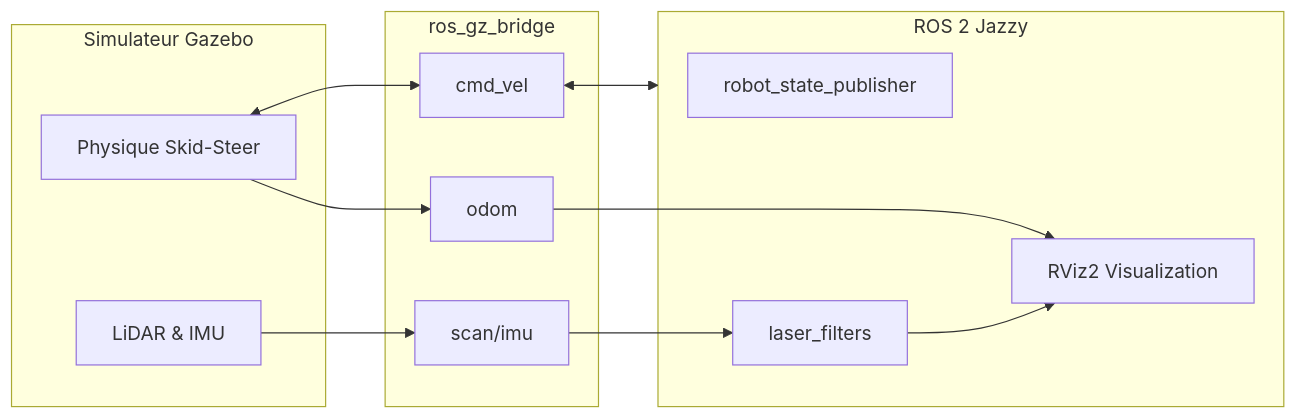
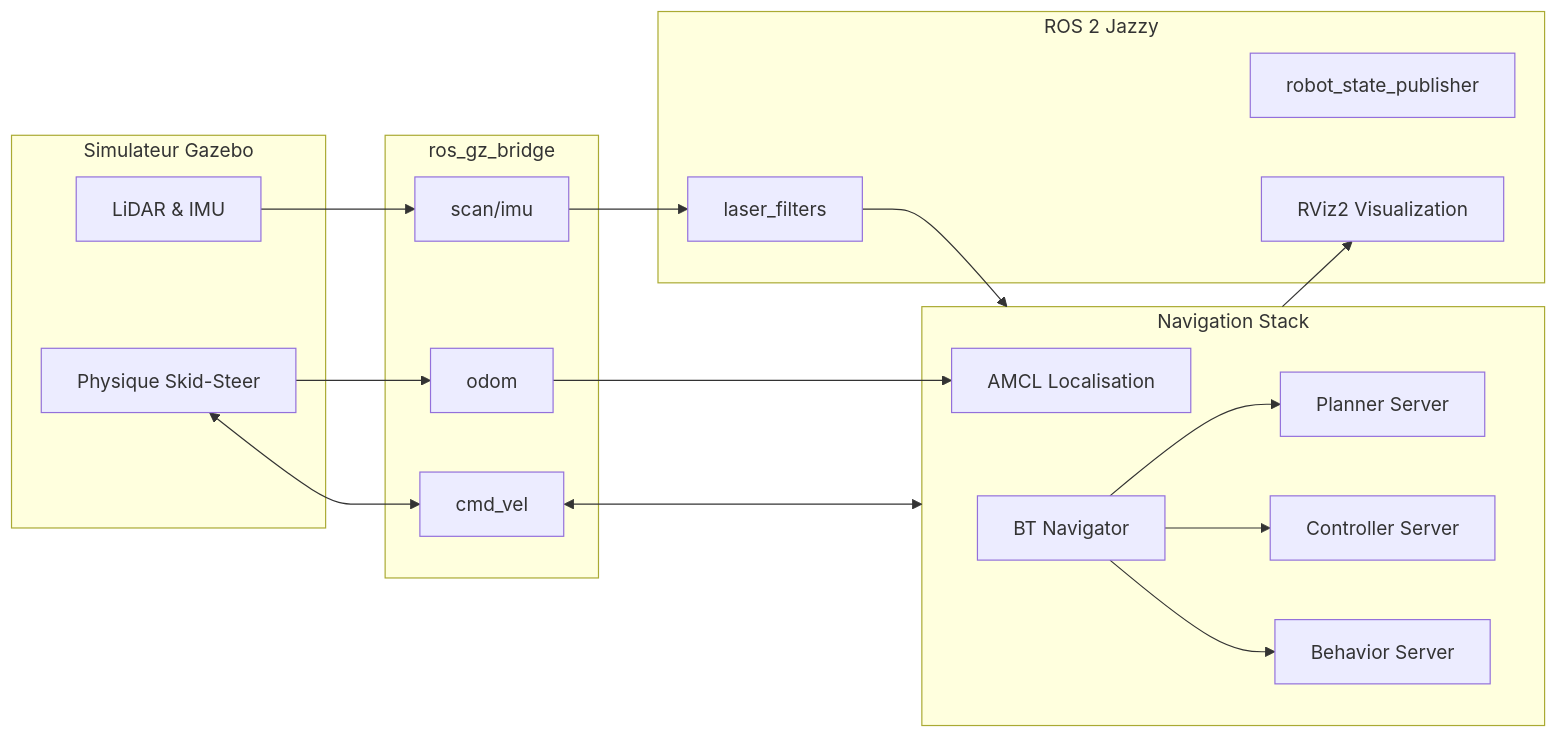
One commit to razafiarisonialy/Mobile-autonome-Robot-UDM-MIAR changed the diagram in documentation.md. Above: the diagram before and after it, drawn with Mermaid. The commit also changed other lines of this file and 6 other files, not shown here.

````diff
--- a/documentation.md
+++ b/documentation.md
@@ -31,23 +45,35 @@
 ```mermaid
 graph LR
     subgraph Gazebo_Harmonic [Simulateur Gazebo]
         GZ_Phys[Physique Skid-Steer]
         GZ_Sens[LiDAR & IMU]
     end
 
     subgraph Bridge [ros_gz_bridge]
         B_Vel[cmd_vel]
         B_Odom[odom]
         B_Sens[scan/imu]
     end
 
     subgraph ROS2 [ROS 2 Jazzy]
         R_RSP[robot_state_publisher]
         R_Filter[laser_filters]
         R_RViz[RViz2 Visualization]
     end
 
-    GZ_Phys <--> B_Vel <--> ROS2
-    GZ_Sens --> B_Sens --> R_Filter --> R_RViz
-    GZ_Phys --> B_Odom --> R_RViz
+    subgraph Nav2 [Navigation Stack]
+        N_AMCL[AMCL Localisation]
+        N_Plan[Planner Server]
+        N_Ctrl[Controller Server]
+        N_BT[BT Navigator]
+        N_Bhv[Behavior Server]
+    end
+
+    GZ_Phys <--> B_Vel <--> Nav2
+    GZ_Sens --> B_Sens --> R_Filter --> Nav2
+    GZ_Phys --> B_Odom --> N_AMCL
+    N_BT --> N_Plan
+    N_BT --> N_Ctrl
+    N_BT --> N_Bhv
+    Nav2 --> R_RViz
 ```
````
